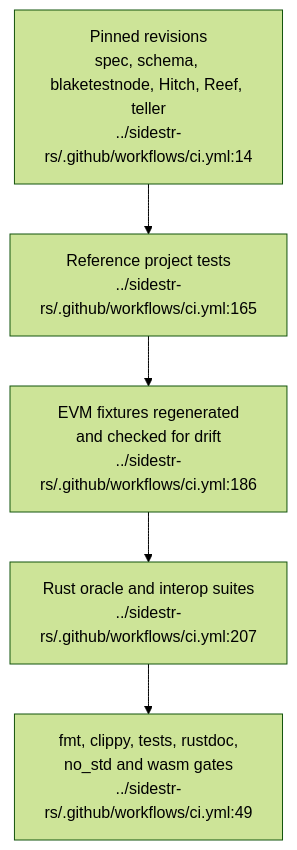
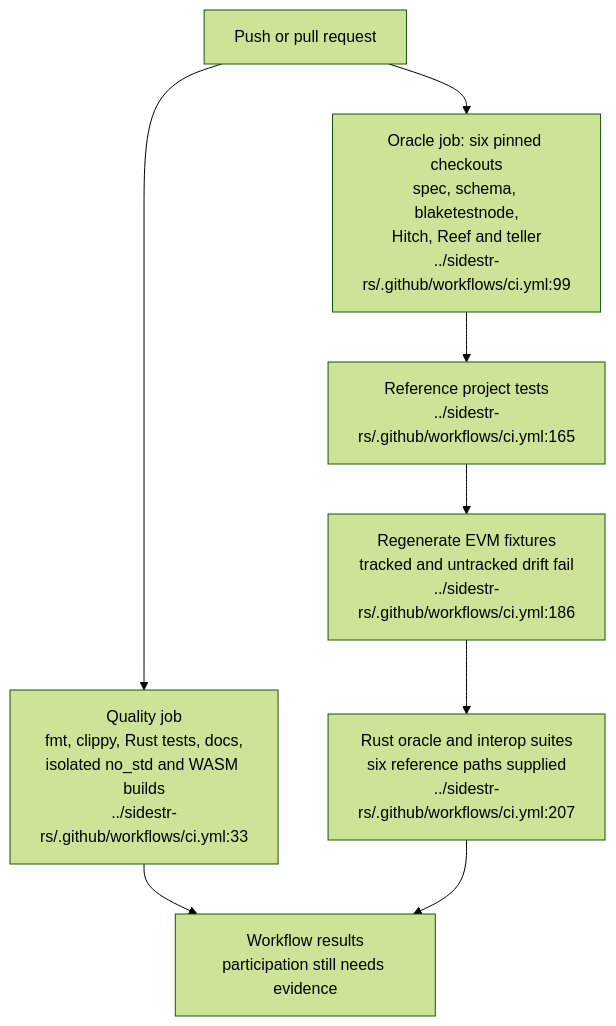
Before and after one commit to DreamLab-AI/VisionFlow: the second of 4 diagrams in docs/diagrams/sidestr-rs/01-workspace-oracles-and-live-boundary.md, drawn with Mermaid (forest theme). The commit also changed other lines of this file and 27 other files, not shown here.

Commit message:
Audit SideStr oracle participation and correct workspace CI diagrams

````diff
--- a/docs/diagrams/sidestr-rs/01-workspace-oracles-and-live-boundary.md
+++ b/docs/diagrams/sidestr-rs/01-workspace-oracles-and-live-boundary.md
@@ -65,9 +80,12 @@
 ```mermaid
 flowchart TB
-    P["Pinned revisions<br/>spec, schema, blaketestnode, Hitch, Reef, teller<br/>../sidestr-rs/.github/workflows/ci.yml:14"]
-    RT["Reference project tests<br/>../sidestr-rs/.github/workflows/ci.yml:165"]
-    FX["EVM fixtures regenerated<br/>and checked for drift<br/>../sidestr-rs/.github/workflows/ci.yml:186"]
-    O["Rust oracle and interop suites<br/>../sidestr-rs/.github/workflows/ci.yml:207"]
-    Q["fmt, clippy, tests, rustdoc,<br/>no_std and wasm gates<br/>../sidestr-rs/.github/workflows/ci.yml:49"]
-    P --> RT --> FX --> O --> Q
+    START["Push or pull request"] --> Q
+    START --> P
+    Q["Quality job<br/>fmt, clippy, Rust tests, docs,<br/>isolated no_std and WASM builds<br/>../sidestr-rs/.github/workflows/ci.yml:33"]
+    P["Oracle job: six pinned checkouts<br/>spec, schema, blaketestnode,<br/>Hitch, Reef and teller<br/>../sidestr-rs/.github/workflows/ci.yml:99"]
+    P --> RT["Reference project tests<br/>../sidestr-rs/.github/workflows/ci.yml:165"]
+    RT --> FX["Regenerate EVM fixtures<br/>tracked and untracked drift fail<br/>../sidestr-rs/.github/workflows/ci.yml:186"]
+    FX --> O["Rust oracle and interop suites<br/>six reference paths supplied<br/>../sidestr-rs/.github/workflows/ci.yml:207"]
+    Q --> RESULT["Workflow results<br/>participation still needs evidence"]
+    O --> RESULT
 ```
````
